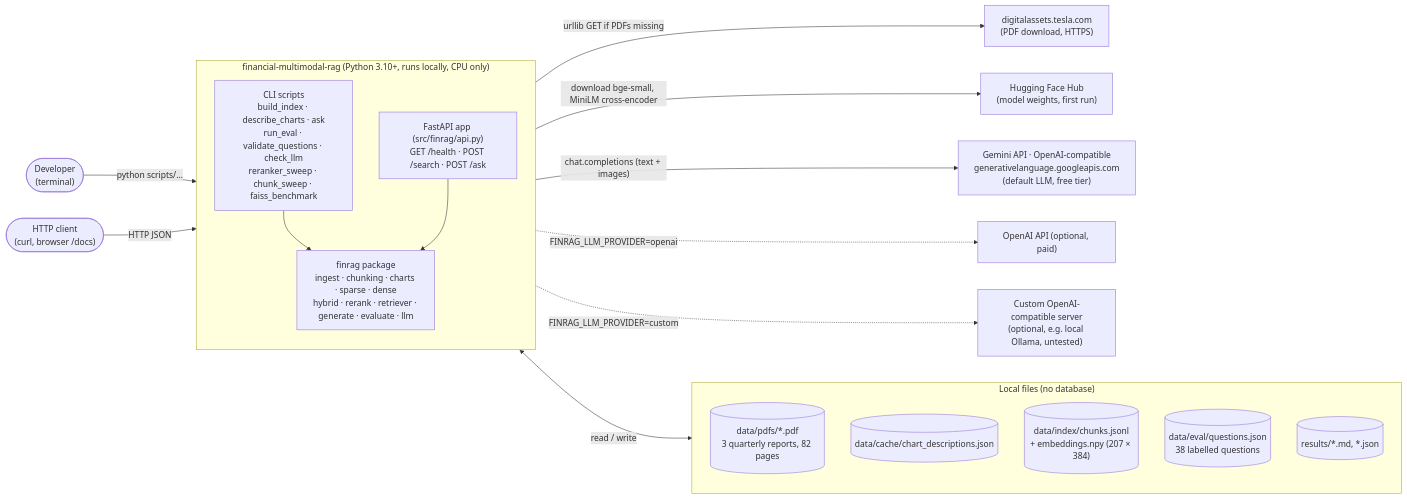
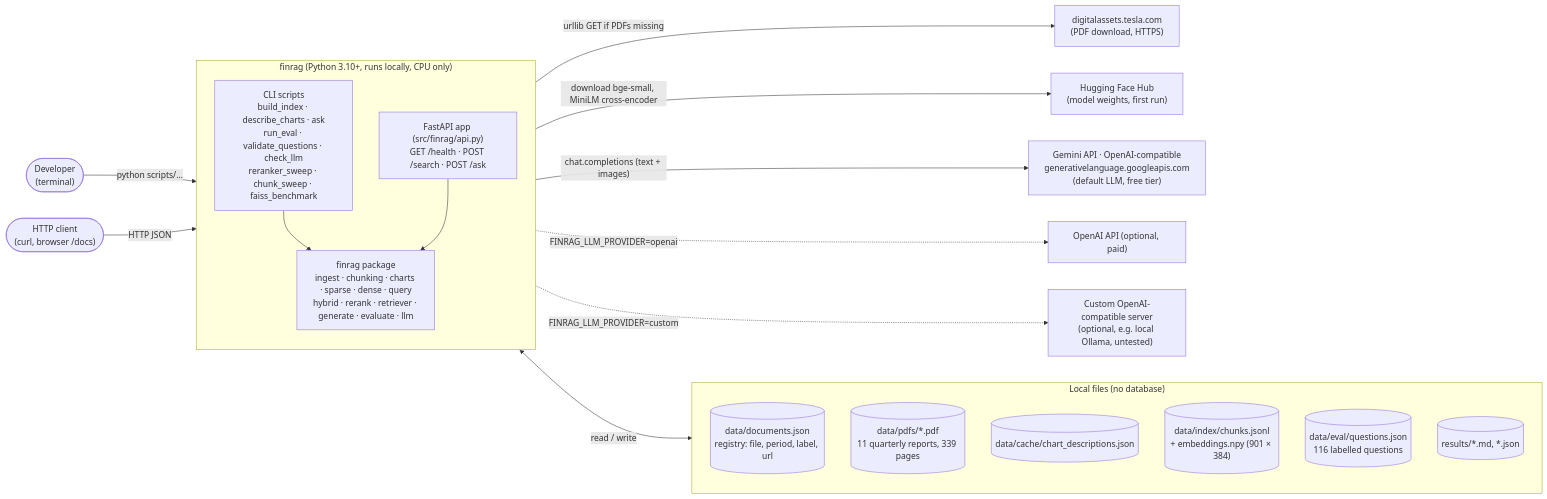
Before and after one commit to KSJanjua/finrag: the first of 7 diagrams in docs/ARCHITECTURE.md, drawn with Mermaid. The commit also changed other lines of this file and 25 other files, not shown here.

First line of the commit message:
Query parser, per-period search and token-based table splits

````diff
--- a/docs/ARCHITECTURE.md
+++ b/docs/ARCHITECTURE.md
@@ -16,40 +16,41 @@
 ```mermaid
 %% 01 · System context: who uses the system, what it stores, which external services it calls.
 %% Source of truth: scripts/*.py, src/finrag/api.py, src/finrag/llm.py, src/finrag/config.py
 flowchart LR
     dev(["Developer<br/>(terminal)"])
     client(["HTTP client<br/>(curl, browser /docs)"])
 
-    subgraph app["financial-multimodal-rag (Python 3.10+, runs locally, CPU only)"]
+    subgraph app["finrag (Python 3.10+, runs locally, CPU only)"]
         direction TB
         cli["CLI scripts<br/>build_index · describe_charts · ask<br/>run_eval · validate_questions · check_llm<br/>reranker_sweep · chunk_sweep · faiss_benchmark"]
         api["FastAPI app (src/finrag/api.py)<br/>GET /health · POST /search · POST /ask"]
-        core["finrag package<br/>ingest · chunking · charts · sparse · dense<br/>hybrid · rerank · retriever · generate · evaluate · llm"]
+        core["finrag package<br/>ingest · chunking · charts · sparse · dense · query<br/>hybrid · rerank · retriever · generate · evaluate · llm"]
         cli --> core
         api --> core
     end
 
     subgraph files["Local files (no database)"]
         direction TB
-        pdfs[("data/pdfs/*.pdf<br/>3 quarterly reports, 82 pages")]
+        reg[("data/documents.json<br/>registry: file, period, label, url")]
+        pdfs[("data/pdfs/*.pdf<br/>11 quarterly reports, 339 pages")]
         cache[("data/cache/chart_descriptions.json")]
-        index[("data/index/chunks.jsonl<br/>+ embeddings.npy (207 × 384)")]
-        evalq[("data/eval/questions.json<br/>38 labelled questions")]
+        index[("data/index/chunks.jsonl<br/>+ embeddings.npy (901 × 384)")]
+        evalq[("data/eval/questions.json<br/>116 labelled questions")]
         results[("results/*.md, *.json")]
     end
 
     tesla["digitalassets.tesla.com<br/>(PDF download, HTTPS)"]
     hf["Hugging Face Hub<br/>(model weights, first run)"]
     gemini["Gemini API · OpenAI-compatible<br/>generativelanguage.googleapis.com<br/>(default LLM, free tier)"]
     openai["OpenAI API (optional, paid)"]
     custom["Custom OpenAI-compatible server<br/>(optional, e.g. local Ollama, untested)"]
 
     dev -- "python scripts/…" --> cli
     client -- "HTTP JSON" --> api
     core <-- "read / write" --> files
     cli -- "urllib GET if PDFs missing" --> tesla
     core -- "download bge-small, MiniLM cross-encoder" --> hf
     core -- "chat.completions (text + images)" --> gemini
     core -. "FINRAG_LLM_PROVIDER=openai" .-> openai
     core -. "FINRAG_LLM_PROVIDER=custom" .-> custom
 ```
````
